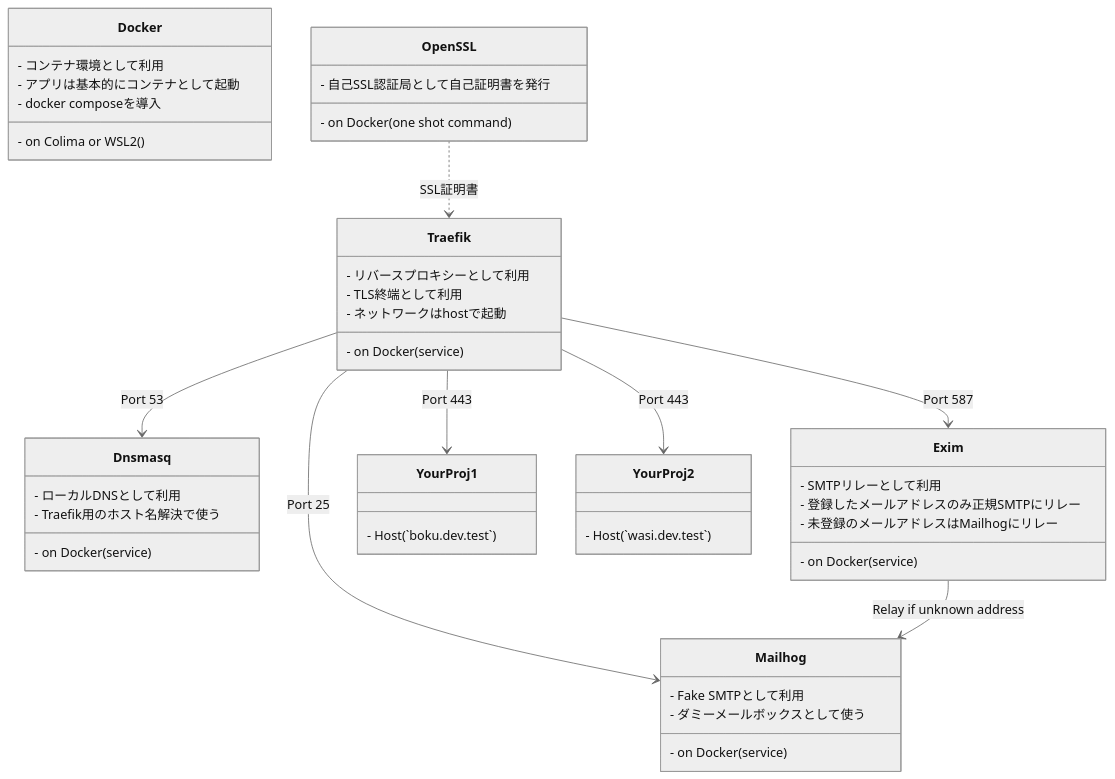
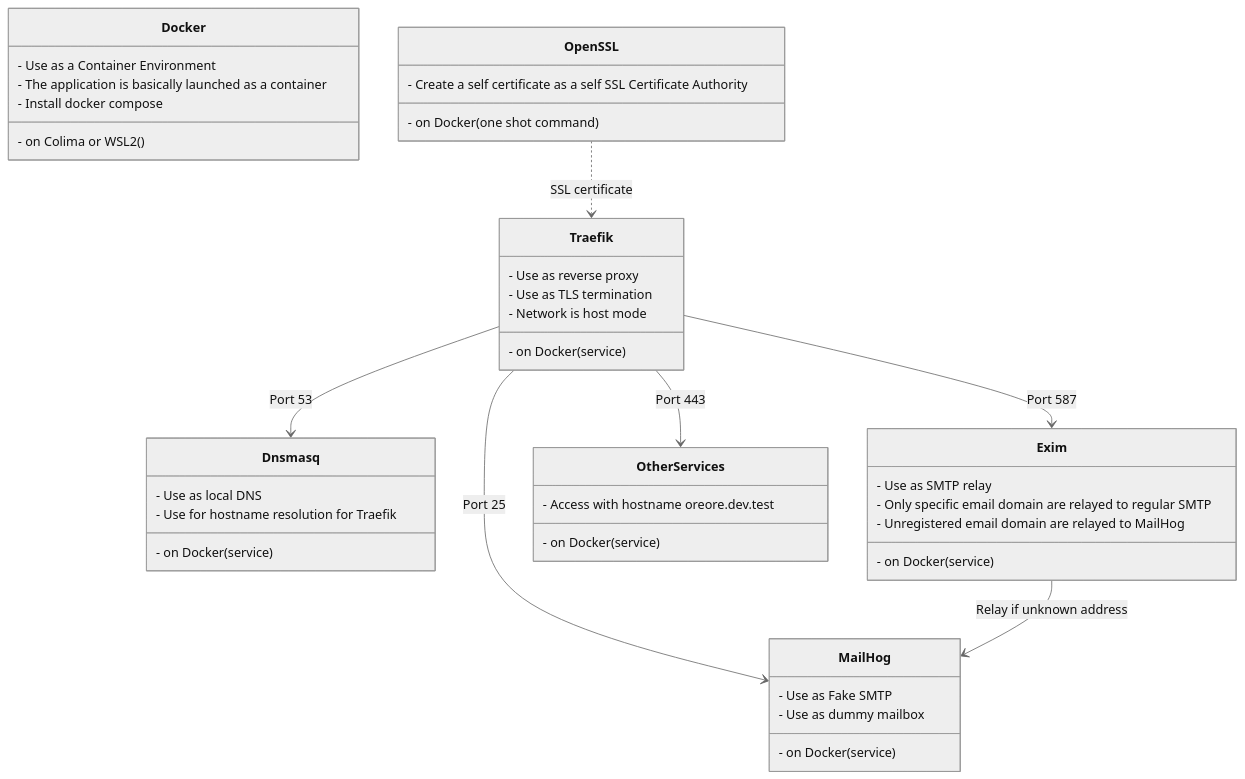
Before and after one commit to arkbig/devbase: the diagram in README.md, drawn with Mermaid (neutral theme). The commit also changed other lines of this file and 2 other files, not shown here.

````diff
--- a/README.md
+++ b/README.md
@@ -17,53 +17,50 @@
 ```mermaid
 classDiagram
 
 class Docker {
-    - コンテナ環境として利用
-    - アプリは基本的にコンテナとして起動
-    - docker composeを導入
+    - Use as a Container Environment
+    - The application is basically launched as a container
+    - Install docker compose
     - on Colima or WSL2()
 }
 
-OpenSSL ..> Traefik : SSL証明書
+OpenSSL ..> Traefik : SSL certificate
 
 Traefik --> Dnsmasq : Port 53
 Traefik --> Exim : Port 587
-Traefik --> Mailhog : Port 25
-Traefik --> YourProj1 : Port 443
-Traefik --> YourProj2 : Port 443
+Traefik --> MailHog : Port 25
+Traefik --> OtherServices : Port 443
 
-Exim --> Mailhog : Relay if unknown address
+Exim --> MailHog : Relay if unknown address
 
 class OpenSSL {
-    - 自己SSL認証局として自己証明書を発行
+    - Create a self certificate as a self SSL Certificate Authority
     - on Docker(one shot command)
 }
 class Traefik {
-    - リバースプロキシーとして利用
-    - TLS終端として利用
-    - ネットワークはhostで起動
+    - Use as reverse proxy
+    - Use as TLS termination
+    - Network is host mode
     - on Docker(service)
 }
 class Dnsmasq {
-    - ローカルDNSとして利用
-    - Traefik用のホスト名解決で使う
+    - Use as local DNS
+    - Use for hostname resolution for Traefik
     - on Docker(service)
 }
 class Exim {
-    - SMTPリレーとして利用
-    - 登録したメールアドレスのみ正規SMTPにリレー
-    - 未登録のメールアドレスはMailhogにリレー
+    - Use as SMTP relay
+    - Only specific email domain are relayed to regular SMTP
+    - Unregistered email domain are relayed to MailHog
     - on Docker(service)
 }
-class Mailhog {
-    - Fake SMTPとして利用
-    - ダミーメールボックスとして使う
+class MailHog {
+    - Use as Fake SMTP
+    - Use as dummy mailbox
     - on Docker(service)
 }
-class YourProj1 {
-    - Host(`boku.dev.test`)
-}
-class YourProj2 {
-    - Host(`wasi.dev.test`)
+class OtherServices {
+    - Access with hostname oreore.dev.test
+    - on Docker(service)
 }
 ```
````
